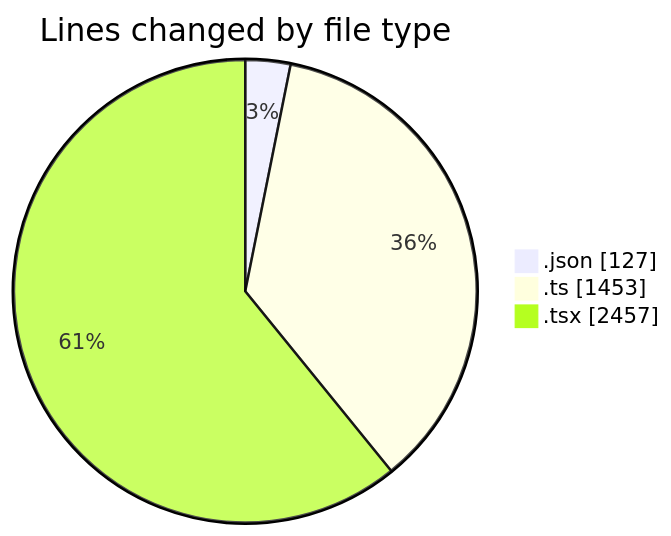
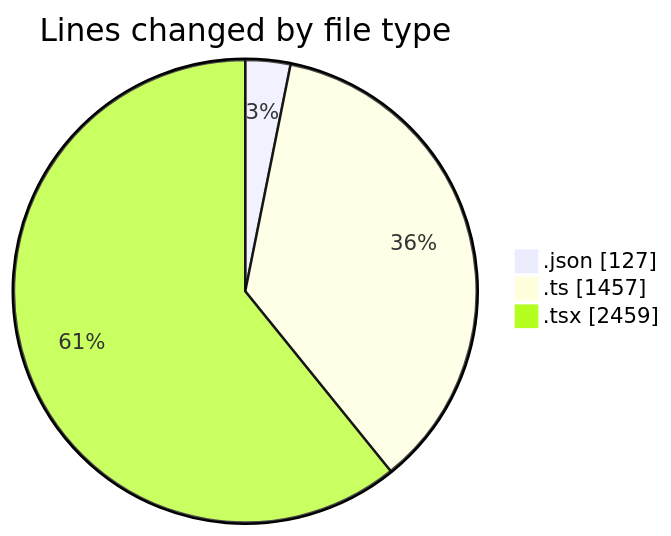
One commit to julien-gomy/code-tracking changed the first of 2 diagrams in 2025-11-12/eventscop-frontend-guide__workspace_/README.md. Above: the diagram before and after it, drawn with Mermaid. The commit also changed other lines of this file and 1 other file, not shown here.

````diff
--- a/2025-11-12/eventscop-frontend-guide__workspace_/README.md
+++ b/2025-11-12/eventscop-frontend-guide__workspace_/README.md
@@ -44,7 +44,7 @@
 ```mermaid
 pie showData
 title Lines changed by file type
 ".json" : 127
-".ts" : 1453
-".tsx" : 2457
+".ts" : 1457
+".tsx" : 2459
 ```
````
